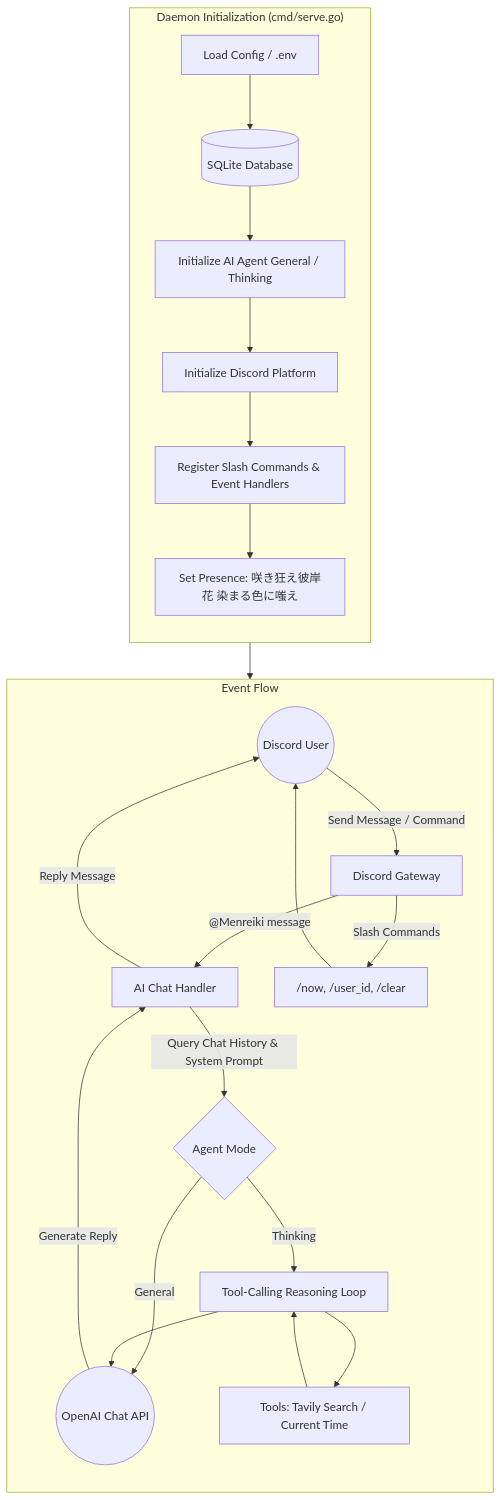
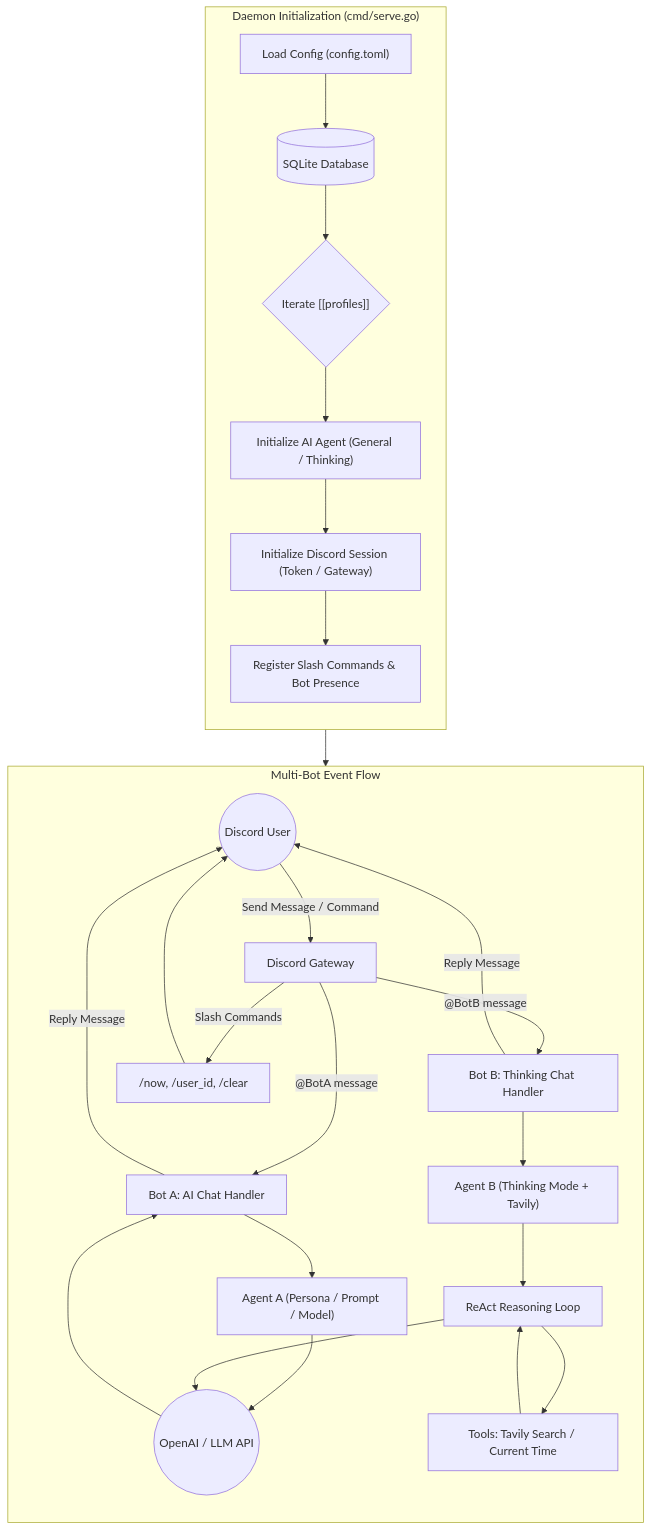
Before and after one commit to supersonictw/menreiki: the diagram in README.md, drawn with Mermaid. The commit also changed other lines of this file and 11 other files, not shown here.

Commit message:
feat: support multi-bot profiles with TOML configuration

````diff
--- a/README.md
+++ b/README.md
@@ -13,31 +13,35 @@
 ```mermaid
 flowchart TD
     subgraph Initialization ["Daemon Initialization (cmd/serve.go)"]
         direction TB
-        A[Load Config / .env] --> B[(SQLite Database)]
-        B --> C[Initialize AI Agent General / Thinking]
-        C --> D[Initialize Discord Platform]
-        D --> E[Register Slash Commands & Event Handlers]
-        E --> F["Set Presence: 咲き狂え彼岸花 染まる色に嗤え"]
+        A["Load Config (config.toml)"] --> B[(SQLite Database)]
+        B --> C{"Iterate [[profiles]]"}
+        C --> D["Initialize AI Agent (General / Thinking)"]
+        D --> E["Initialize Discord Session (Token / Gateway)"]
+        E --> F["Register Slash Commands & Bot Presence"]
     end
 
-    subgraph EventFlow ["Event Flow"]
+    subgraph EventFlow ["Multi-Bot Event Flow"]
         direction TB
         U((Discord User)) -- Send Message / Command --> D_In[Discord Gateway]
 
-        D_In -- "@Menreiki message" --> Chat[AI Chat Handler]
-        Chat -- Query Chat History & System Prompt --> Agent{Agent Mode}
-        Agent -- "General" --> LLM((OpenAI Chat API))
-        Agent -- "Thinking" --> Loop[Tool-Calling Reasoning Loop]
+        D_In -- "@BotA message" --> ChatA[Bot A: AI Chat Handler]
+        ChatA --> AgentA["Agent A (Persona / Prompt / Model)"]
+        AgentA --> LLM((OpenAI / LLM API))
+        LLM --> ChatA
+        ChatA -- Reply Message --> U
+
+        D_In -- "@BotB message" --> ChatB[Bot B: Thinking Chat Handler]
+        ChatB --> AgentB["Agent B (Thinking Mode + Tavily)"]
+        AgentB --> Loop[ReAct Reasoning Loop]
         Loop --> Tools[Tools: Tavily Search / Current Time]
         Tools --> Loop
         Loop --> LLM
-        LLM -- Generate Reply --> Chat
-        Chat -- Reply Message --> U
+        ChatB -- Reply Message --> U
 
         D_In -- Slash Commands --> Cmds["/now, /user_id, /clear"]
         Cmds --> U
     end
 
     Initialization --> EventFlow
 ```
````
